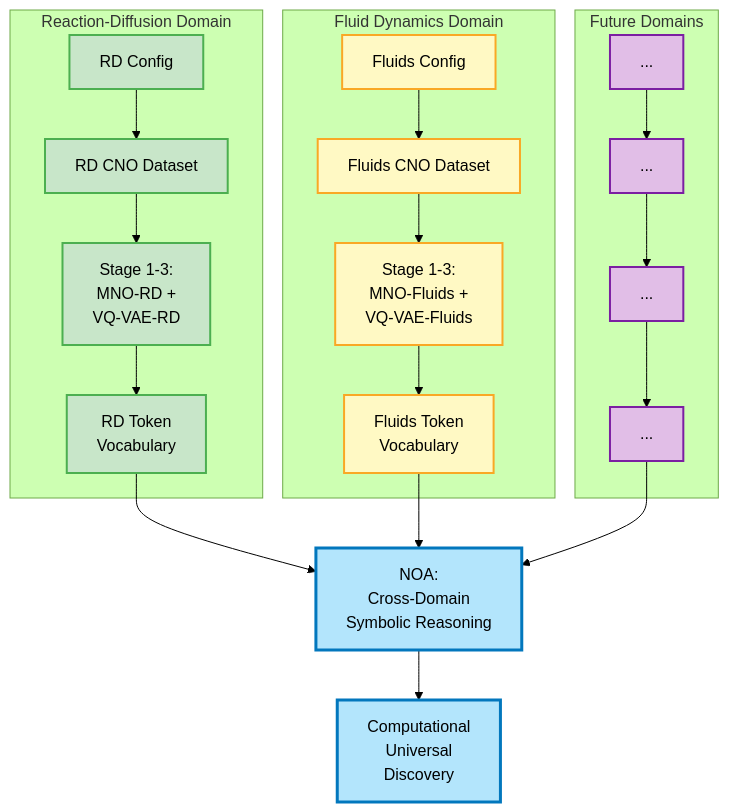
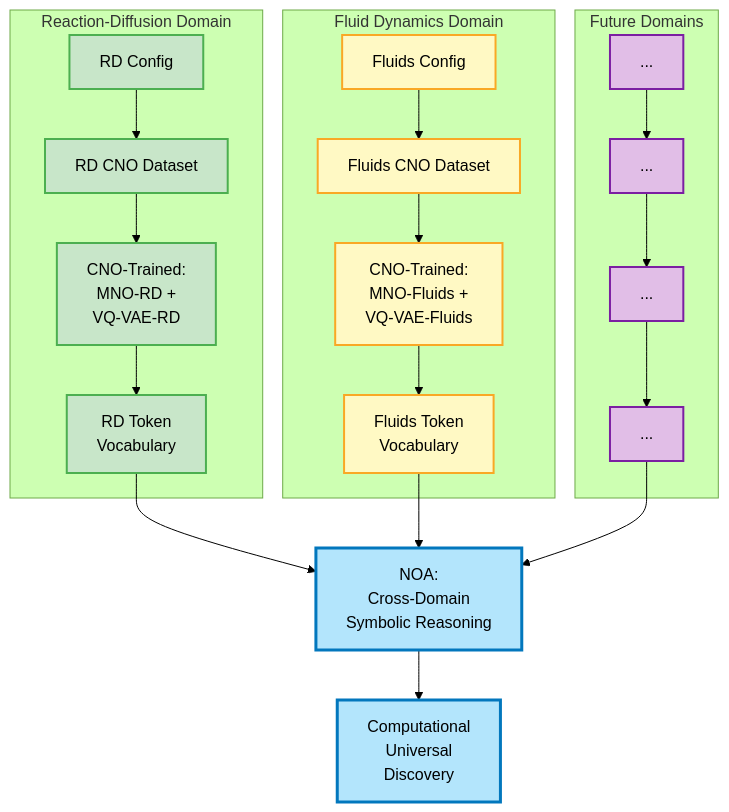
Before and after one commit to dgabriele/spinlock: the third of 4 diagrams in docs/architecture.md, drawn with Mermaid (forest theme). The commit also changed other lines of this file and 9 other files, not shown here.

First line of the commit message:
docs: update architecture to CNO-trained components

````diff
--- a/docs/architecture.md
+++ b/docs/architecture.md
@@ -86,36 +81,36 @@
 ```mermaid
 flowchart TB
     subgraph Domain1[Reaction-Diffusion Domain]
         Config1[RD Config] --> CNO1[RD CNO Dataset]
-        CNO1 --> MNO1[Stage 1-3:<br/>MNO-RD +<br/>VQ-VAE-RD]
+        CNO1 --> MNO1[CNO-Trained:<br/>MNO-RD +<br/>VQ-VAE-RD]
         MNO1 --> Tokens1[RD Token<br/>Vocabulary]
     end
 
     subgraph Domain2[Fluid Dynamics Domain]
         Config2[Fluids Config] --> CNO2[Fluids CNO Dataset]
-        CNO2 --> MNO2[Stage 1-3:<br/>MNO-Fluids +<br/>VQ-VAE-Fluids]
+        CNO2 --> MNO2[CNO-Trained:<br/>MNO-Fluids +<br/>VQ-VAE-Fluids]
         MNO2 --> Tokens2[Fluids Token<br/>Vocabulary]
     end
 
     subgraph Domain3[Future Domains]
         ConfigN[...] --> CNON[...]
         CNON --> MNON[...]
         MNON --> TokensN[...]
     end
 
     Tokens1 --> NOA[NOA:<br/>Cross-Domain<br/>Symbolic Reasoning]
     Tokens2 --> NOA
     TokensN --> NOA
 
     NOA --> Discovery[Computational<br/>Universal<br/>Discovery]
 
     classDef domain1 fill:#c8e6c9,stroke:#4caf50,stroke-width:2px,color:#000
     classDef domain2 fill:#fff9c4,stroke:#f9a825,stroke-width:2px,color:#000
     classDef domain3 fill:#e1bee7,stroke:#7b1fa2,stroke-width:2px,color:#000
     classDef noa fill:#b3e5fc,stroke:#0277bd,stroke-width:3px,color:#000
 
     class Config1,CNO1,MNO1,Tokens1 domain1
     class Config2,CNO2,MNO2,Tokens2 domain2
     class ConfigN,CNON,MNON,TokensN domain3
     class NOA,Discovery noa
 ```
````
